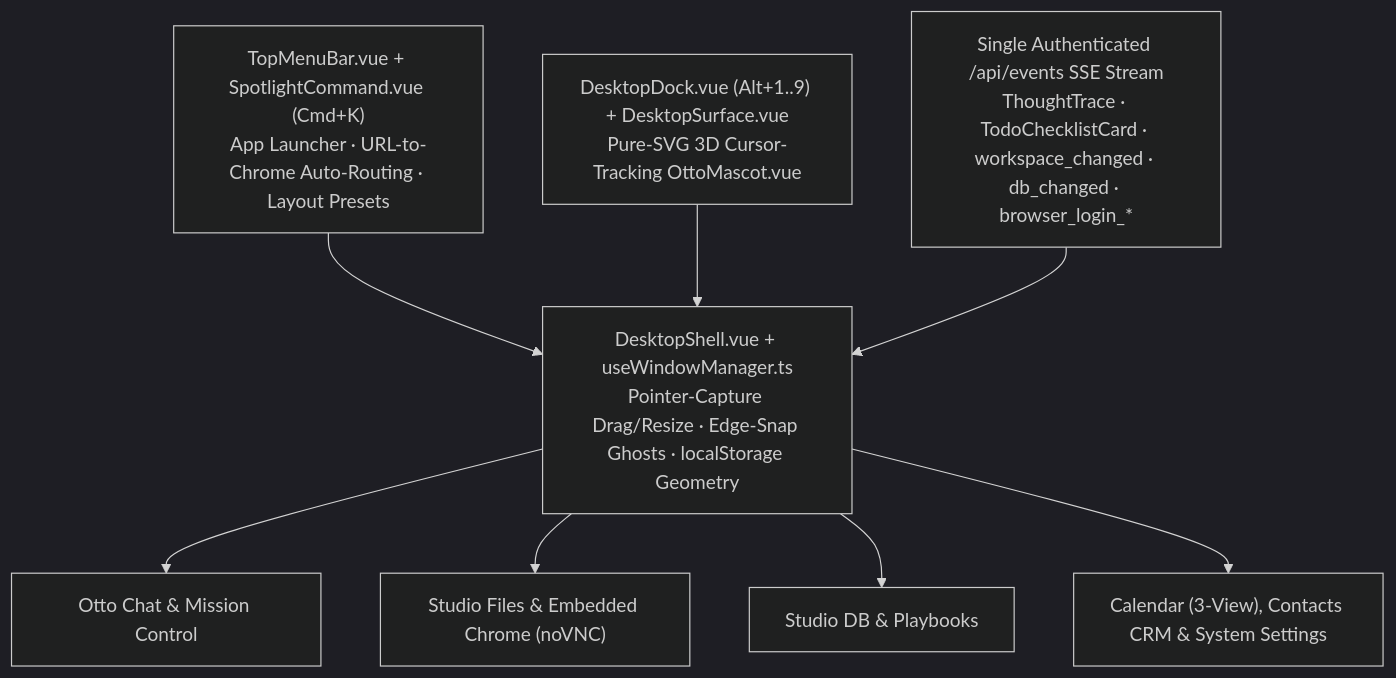
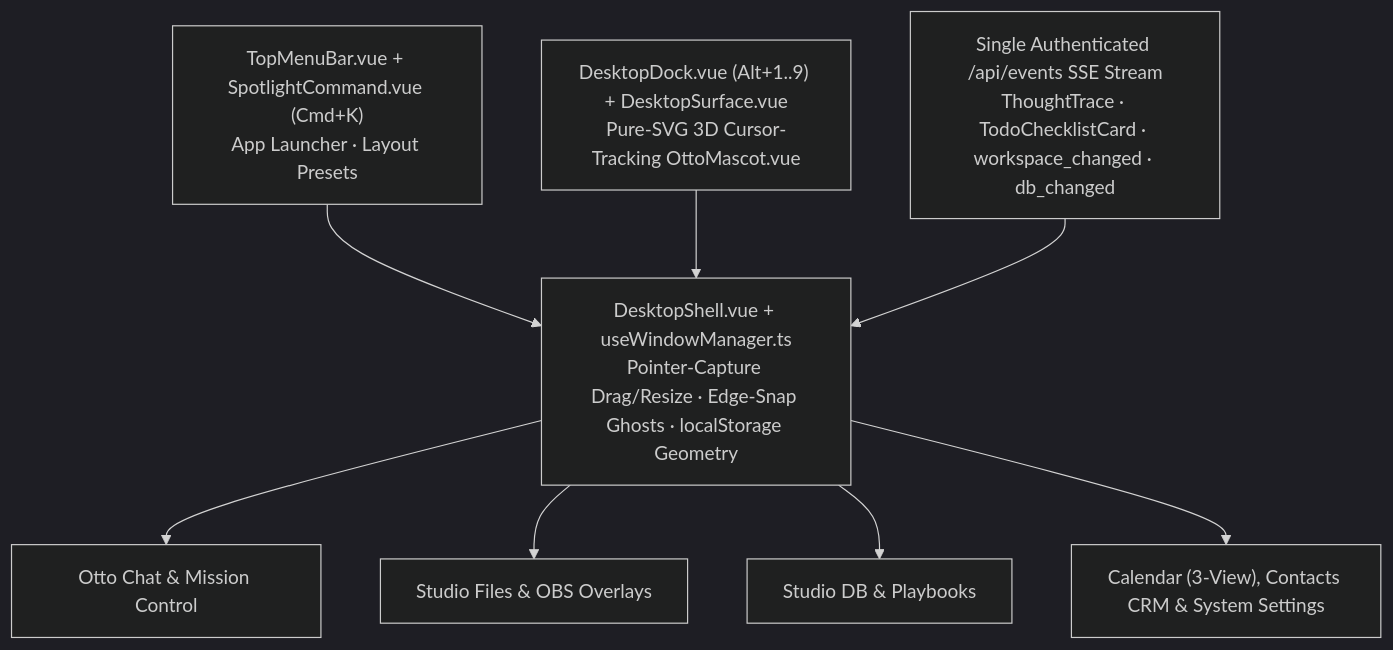
Before and after one commit to roffidaijoubu/otto: the second of 5 diagrams in docs/architecture.md, drawn with Mermaid (dark theme). The commit also changed other lines of this file and 24 other files, not shown here.

Commit message:
refactor: prune embedded Chrome (noVNC), browser login cookie auth, and OpenCLI

````diff
--- a/docs/architecture.md
+++ b/docs/architecture.md
@@ -85,16 +38,16 @@
 ```mermaid
 flowchart TB
     Shell["DesktopShell.vue + useWindowManager.ts<br/>Pointer-Capture Drag/Resize · Edge-Snap Ghosts · localStorage Geometry"]
-    Top["TopMenuBar.vue + SpotlightCommand.vue (Cmd+K)<br/>App Launcher · URL-to-Chrome Auto-Routing · Layout Presets"]
+    Top["TopMenuBar.vue + SpotlightCommand.vue (Cmd+K)<br/>App Launcher · Layout Presets"]
     Dock["DesktopDock.vue (Alt+1..9) + DesktopSurface.vue<br/>Pure-SVG 3D Cursor-Tracking OttoMascot.vue"]
-    SSE["Single Authenticated /api/events SSE Stream<br/>ThoughtTrace · TodoChecklistCard · workspace_changed · db_changed · browser_login_*"]
+    SSE["Single Authenticated /api/events SSE Stream<br/>ThoughtTrace · TodoChecklistCard · workspace_changed · db_changed"]
 
     Top --> Shell
     Dock --> Shell
     SSE --> Shell
 
     Shell --> A1["Otto Chat &amp; Mission Control"]
-    Shell --> A2["Studio Files &amp; Embedded Chrome (noVNC)"]
+    Shell --> A2["Studio Files &amp; OBS Overlays"]
     Shell --> A3["Studio DB &amp; Playbooks"]
     Shell --> A4["Calendar (3-View), Contacts CRM &amp; System Settings"]
 ```
````
